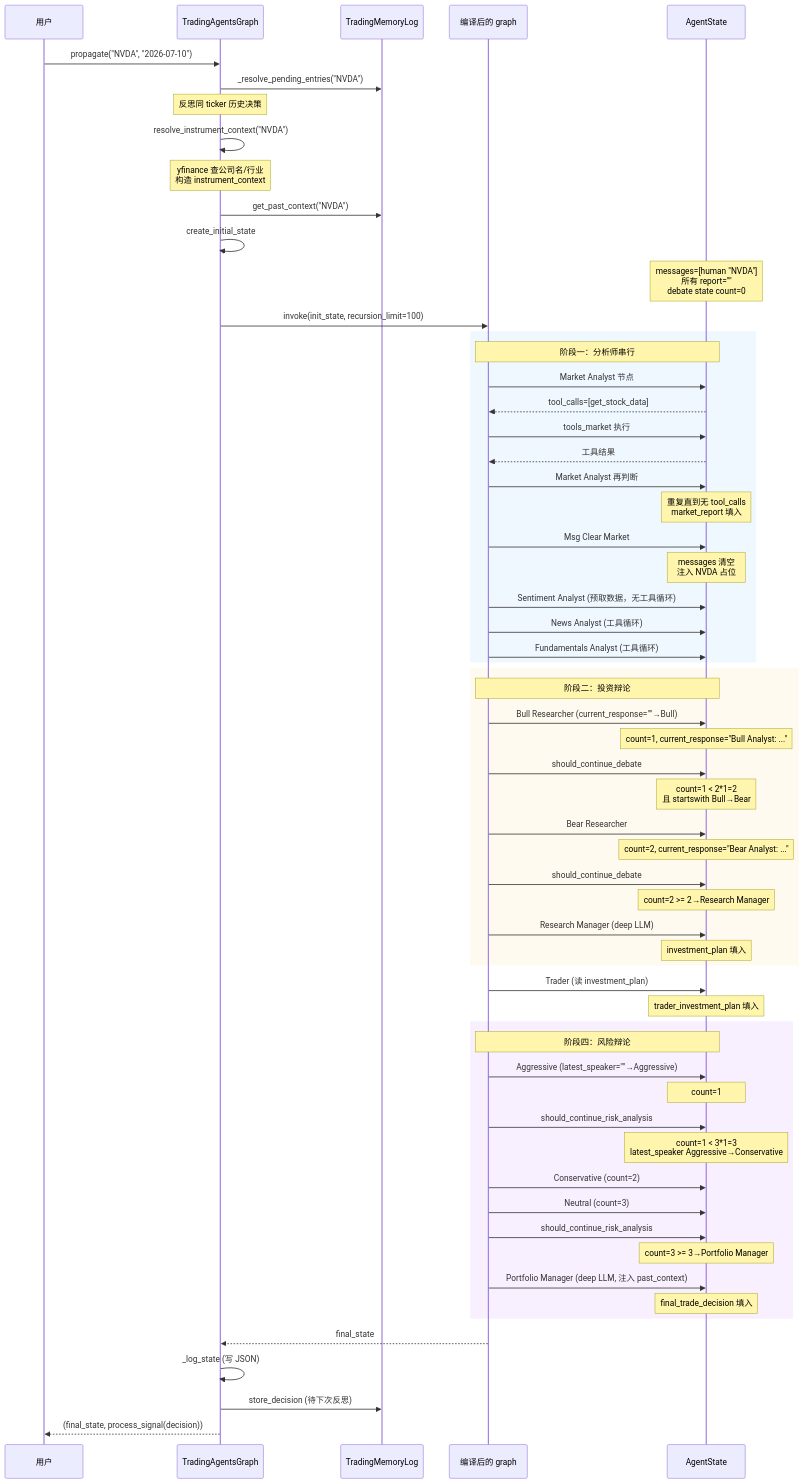
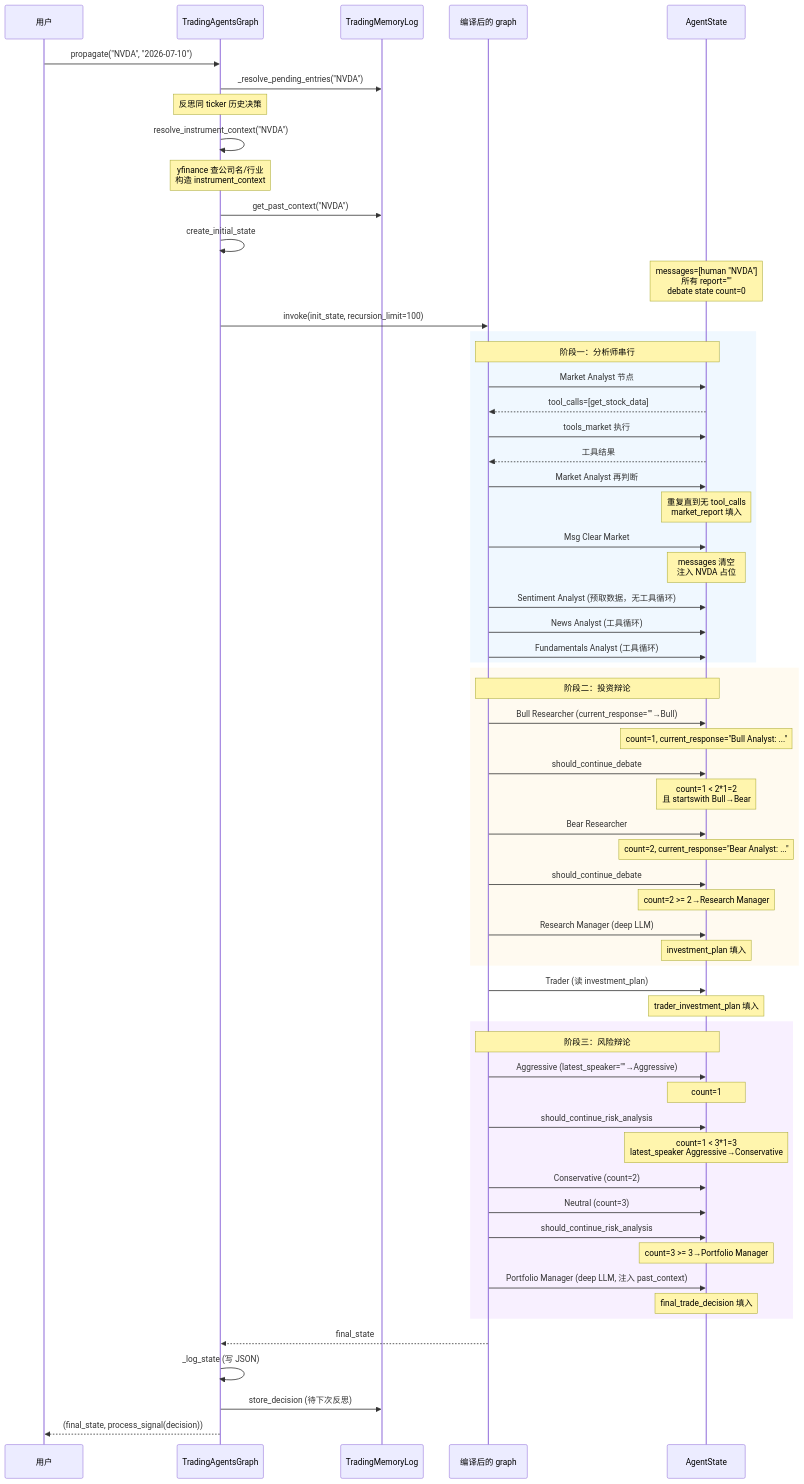
Before and after one commit to A1pha3/TradingAgents: the second of 2 diagrams in docs/cn/04-graph-and-agents/graph-orchestration.md, drawn with Mermaid. The commit also changed other lines of this file and 18 other files, not shown here.

````diff
--- a/docs/cn/04-graph-and-agents/graph-orchestration.md
+++ b/docs/cn/04-graph-and-agents/graph-orchestration.md
@@ -336,69 +336,69 @@
 ```mermaid
 sequenceDiagram
     participant U as 用户
     participant TG as TradingAgentsGraph
     participant Mem as TradingMemoryLog
     participant G as 编译后的 graph
     participant S as AgentState
 
     U->>TG: propagate("NVDA", "2026-07-10")
     TG->>Mem: _resolve_pending_entries("NVDA")
     Note over TG: 反思同 ticker 历史决策
     TG->>TG: resolve_instrument_context("NVDA")
     Note over TG: yfinance 查公司名/行业<br/>构造 instrument_context
     TG->>Mem: get_past_context("NVDA")
     TG->>TG: create_initial_state
     Note over S: messages=[human "NVDA"]<br/>所有 report=""<br/>debate state count=0
     TG->>G: invoke(init_state, recursion_limit=100)
 
     rect rgb(240, 248, 255)
         Note over G,S: 阶段一：分析师串行
         G->>S: Market Analyst 节点
         S-->>G: tool_calls=[get_stock_data]
         G->>S: tools_market 执行
         S-->>G: 工具结果
         G->>S: Market Analyst 再判断
         Note over S: 重复直到无 tool_calls<br/>market_report 填入
         G->>S: Msg Clear Market
         Note over S: messages 清空<br/>注入 NVDA 占位
         G->>S: Sentiment Analyst (预取数据，无工具循环)
         G->>S: News Analyst (工具循环)
         G->>S: Fundamentals Analyst (工具循环)
     end
 
     rect rgb(255, 250, 240)
         Note over G,S: 阶段二：投资辩论
         G->>S: Bull Researcher (current_response=""→Bull)
         Note over S: count=1, current_response="Bull Analyst: ..."
         G->>S: should_continue_debate
         Note over S: count=1 < 2*1=2<br/>且 startswith Bull→Bear
         G->>S: Bear Researcher
         Note over S: count=2, current_response="Bear Analyst: ..."
         G->>S: should_continue_debate
         Note over S: count=2 >= 2→Research Manager
         G->>S: Research Manager (deep LLM)
         Note over S: investment_plan 填入
     end
 
     G->>S: Trader (读 investment_plan)
     Note over S: trader_investment_plan 填入
 
     rect rgb(248, 240, 255)
-        Note over G,S: 阶段四：风险辩论
+        Note over G,S: 阶段三：风险辩论
         G->>S: Aggressive (latest_speaker=""→Aggressive)
         Note over S: count=1
         G->>S: should_continue_risk_analysis
         Note over S: count=1 < 3*1=3<br/>latest_speaker Aggressive→Conservative
         G->>S: Conservative (count=2)
         G->>S: Neutral (count=3)
         G->>S: should_continue_risk_analysis
         Note over S: count=3 >= 3→Portfolio Manager
         G->>S: Portfolio Manager (deep LLM, 注入 past_context)
         Note over S: final_trade_decision 填入
     end
 
     G-->>TG: final_state
     TG->>TG: _log_state (写 JSON)
     TG->>Mem: store_decision (待下次反思)
     TG-->>U: (final_state, process_signal(decision))
 ```
````
